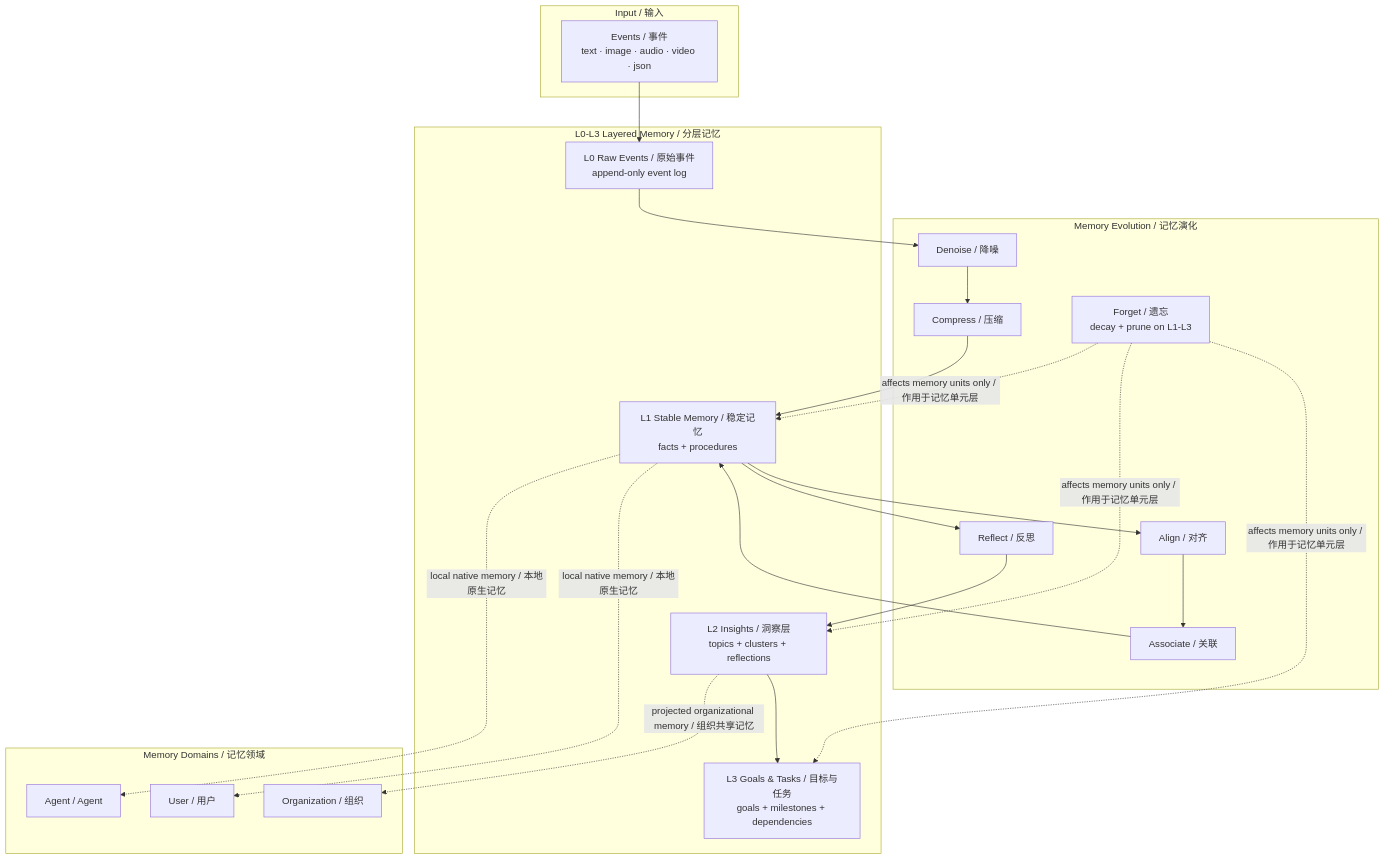
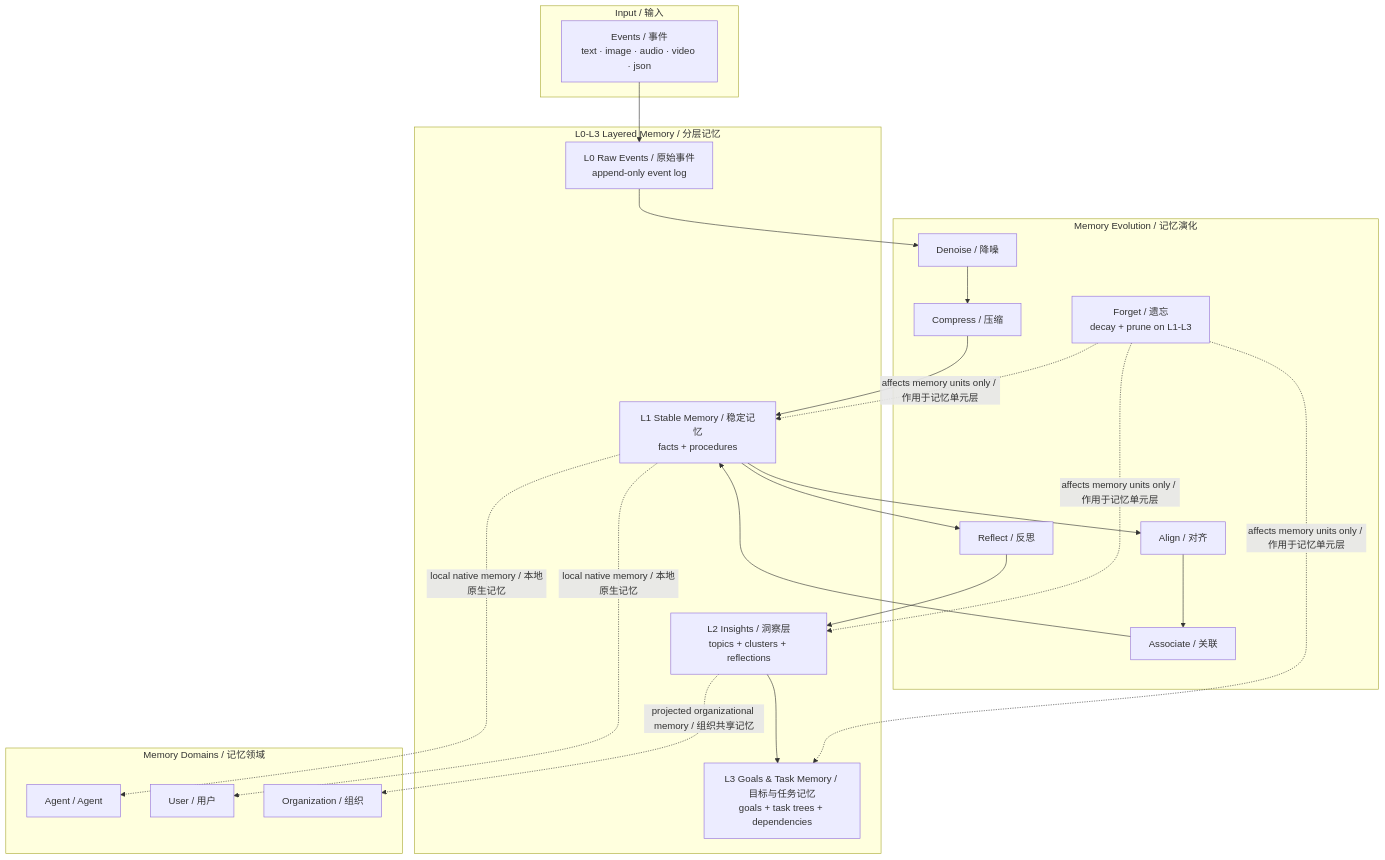
Before and after one commit to ai-akashic/Memorose: the diagram in README-zh.md, drawn with Mermaid. The commit also changed other lines of this file and 2 other files, not shown here.

Commit message:
docs: align L3 goal and task memory terminology

````diff
--- a/README-zh.md
+++ b/README-zh.md
@@ -257,40 +262,40 @@
 ```mermaid
 flowchart TD
     subgraph Input["Input / 输入"]
         I["Events / 事件<br/>text · image · audio · video · json"]
     end
 
     subgraph Layers["L0-L3 Layered Memory / 分层记忆"]
         L0["L0 Raw Events / 原始事件<br/>append-only event log"]
         L1["L1 Stable Memory / 稳定记忆<br/>facts + procedures"]
         L2["L2 Insights / 洞察层<br/>topics + clusters + reflections"]
-        L3["L3 Goals & Tasks / 目标与任务<br/>goals + milestones + dependencies"]
+        L3["L3 Goals & Task Memory / 目标与任务记忆<br/>goals + task trees + dependencies"]
     end
 
     subgraph Evolution["Memory Evolution / 记忆演化"]
         E1["Denoise / 降噪"]
         E2["Compress / 压缩"]
         E3["Align / 对齐"]
         E4["Associate / 关联"]
         E5["Reflect / 反思"]
         E6["Forget / 遗忘<br/>decay + prune on L1-L3"]
     end
 
     subgraph Domains["Memory Domains / 记忆领域"]
         D1["Agent / Agent"]
         D2["User / 用户"]
         D3["Organization / 组织"]
     end
 
     I --> L0
     L0 --> E1 --> E2 --> L1
     L1 --> E3 --> E4 --> L1
     L1 --> E5 --> L2
     L2 --> L3
     L1 -. local native memory / 本地原生记忆 .-> D1
     L1 -. local native memory / 本地原生记忆 .-> D2
     L2 -. projected organizational memory / 组织共享记忆 .-> D3
     E6 -. affects memory units only / 作用于记忆单元层 .-> L1
     E6 -. affects memory units only / 作用于记忆单元层 .-> L2
     E6 -. affects memory units only / 作用于记忆单元层 .-> L3
 ```
````
